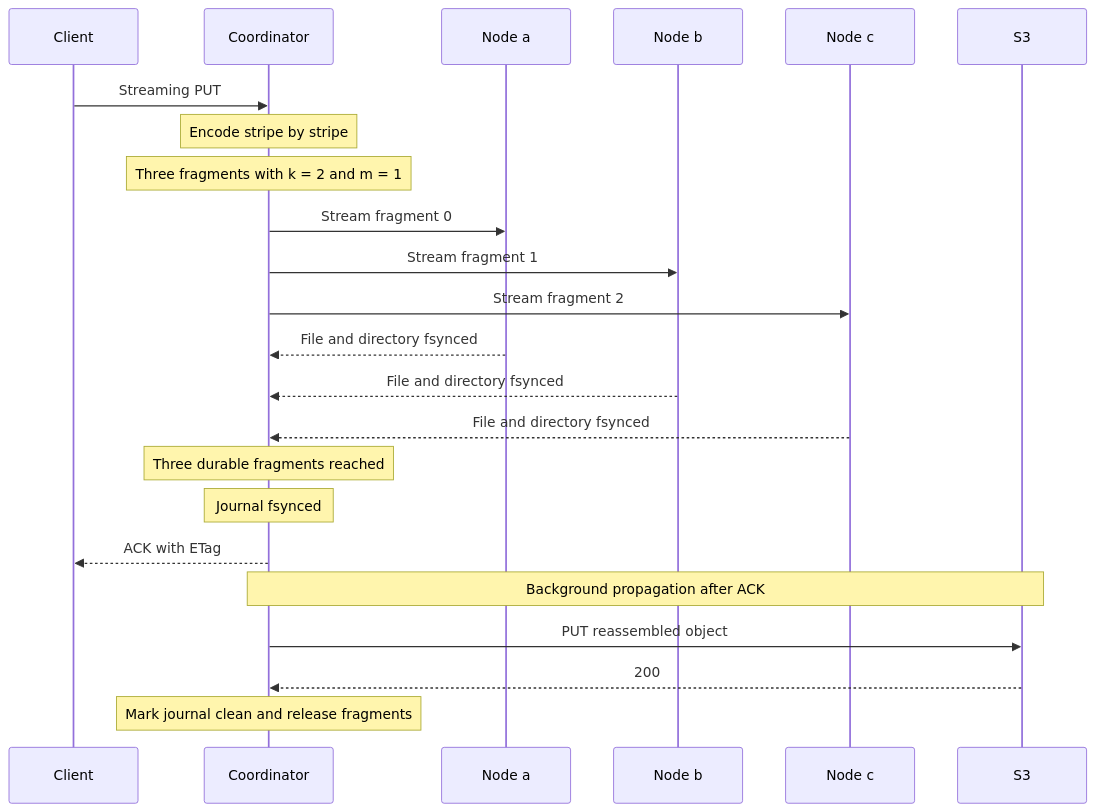
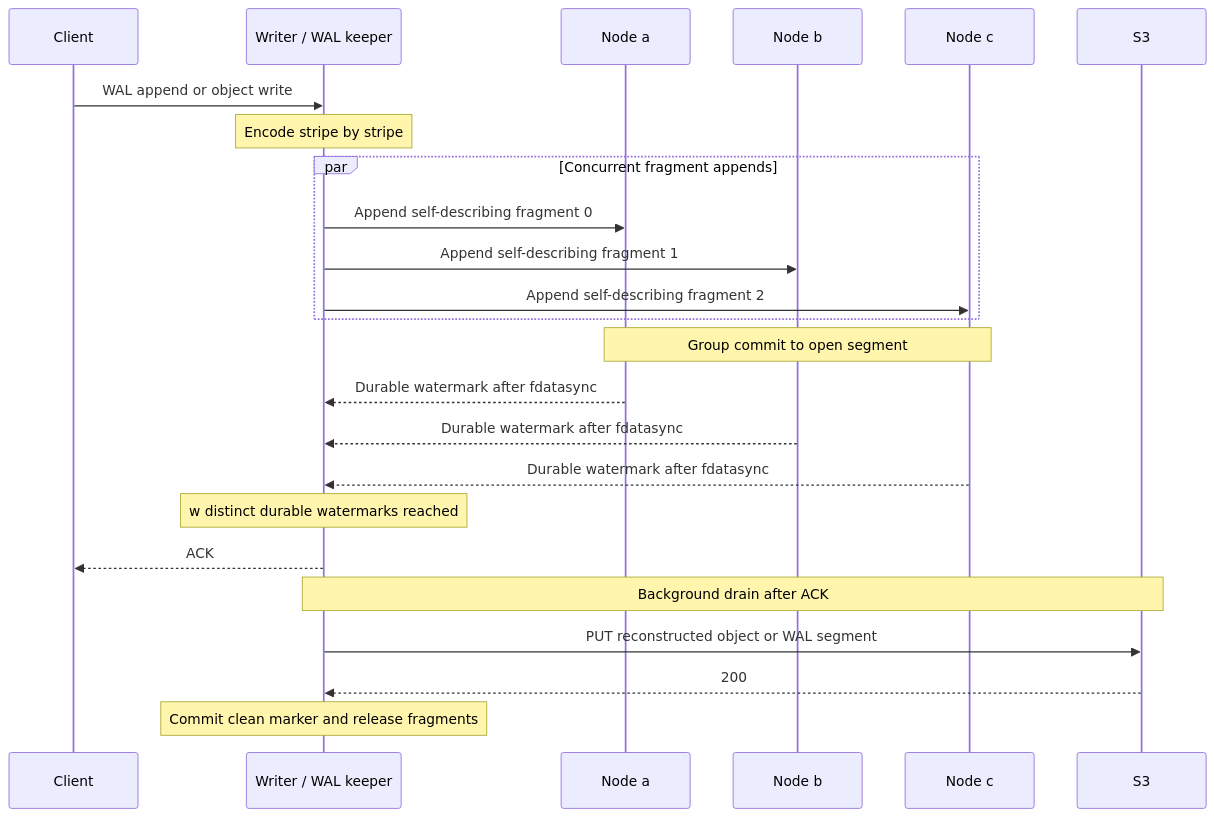
Before and after one commit to verglas-org/verglas: the fifth of 6 diagrams in docs/architecture/whitepaper.mdx, drawn with Mermaid. The commit also changed other lines of this file and 2 other files, not shown here.

Commit message:
Define shared durable EC write protocol

````diff
--- a/docs/architecture/whitepaper.mdx
+++ b/docs/architecture/whitepaper.mdx
@@ -405,26 +407,27 @@
 ```mermaid
 sequenceDiagram
     participant Client
-    participant C as Coordinator
+    participant W as Writer / WAL keeper
     participant NA as Node a
     participant NB as Node b
     participant NC as Node c
     participant S3
 
-    Client->>C: Streaming PUT
-    Note over C: Encode stripe by stripe
-    Note over C: Three fragments with k = 2 and m = 1
-    C->>NA: Stream fragment 0
-    C->>NB: Stream fragment 1
-    C->>NC: Stream fragment 2
-    NA-->>C: File and directory fsynced
-    NB-->>C: File and directory fsynced
-    NC-->>C: File and directory fsynced
-    Note over C: Three durable fragments reached
-    Note over C: Journal fsynced
-    C-->>Client: ACK with ETag
-    Note over C,S3: Background propagation after ACK
-    C->>S3: PUT reassembled object
-    S3-->>C: 200
-    Note over C: Mark journal clean and release fragments
+    Client->>W: WAL append or object write
+    Note over W: Encode stripe by stripe
+    par Concurrent fragment appends
+        W->>NA: Append self-describing fragment 0
+        W->>NB: Append self-describing fragment 1
+        W->>NC: Append self-describing fragment 2
+    end
+    Note over NA,NC: Group commit to open segment
+    NA-->>W: Durable watermark after fdatasync
+    NB-->>W: Durable watermark after fdatasync
+    NC-->>W: Durable watermark after fdatasync
+    Note over W: w distinct durable watermarks reached
+    W-->>Client: ACK
+    Note over W,S3: Background drain after ACK
+    W->>S3: PUT reconstructed object or WAL segment
+    S3-->>W: 200
+    Note over W: Commit clean marker and release fragments
 ```
````
